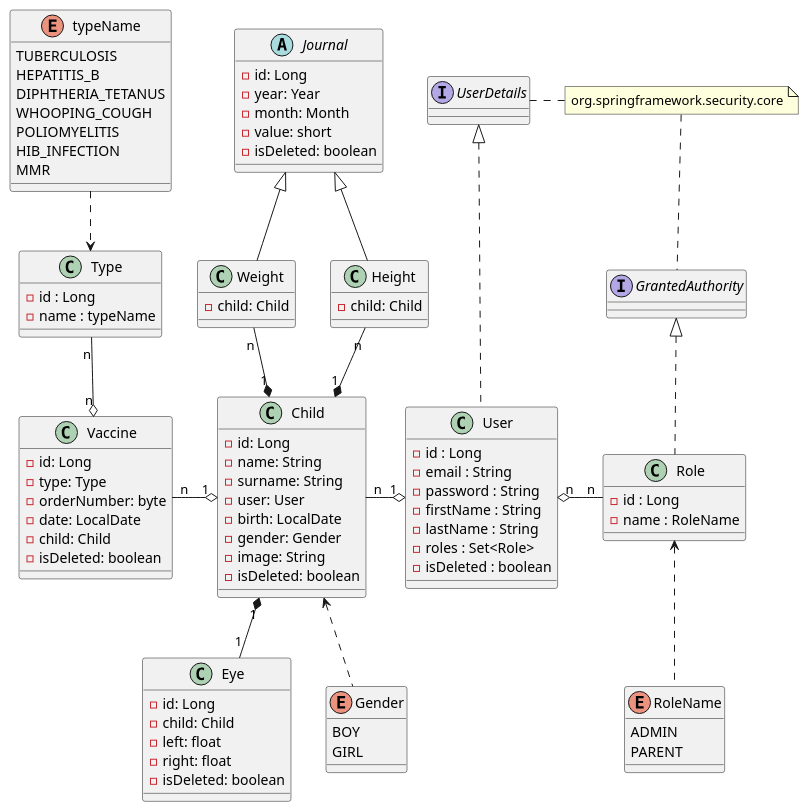
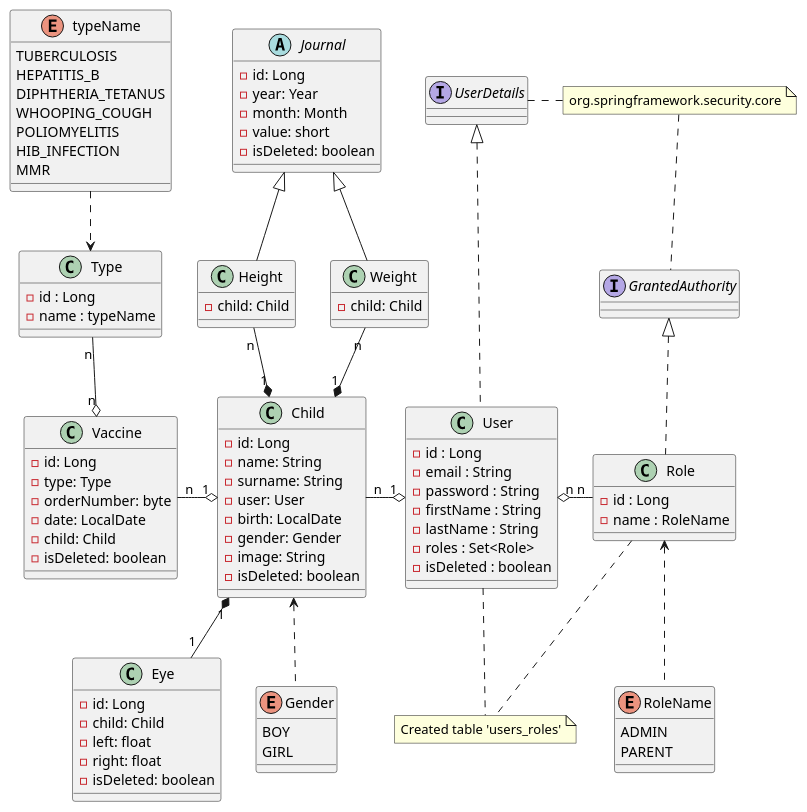
One commit to fe-july-91/kidti changed the diagram in modelUML.puml. Above: the diagram before and after it, drawn with PlantUML. The commit also changed 7 other files, not shown here.

```diff
--- a/modelUML.puml
+++ b/modelUML.puml
@@ -1,111 +1,115 @@
 @startuml
 'https://plantuml.com/class-diagram
 
 interface UserDetails
 interface GrantedAuthority
 
 class User {
 - id : Long
 - email : String
 - password : String
 - firstName : String
 - lastName : String
 - roles : Set<Role>
 - isDeleted : boolean
 }
 
 class Role {
 - id : Long
 - name : RoleName
 }
 
 enum RoleName {
 ADMIN
 PARENT
 }
 
 class Child {
 - id: Long
 - name: String
 - surname: String
 - user: User
 - birth: LocalDate
 - gender: Gender
 - image: String
 - isDeleted: boolean
 }
 
 class Eye {
 - id: Long
 - child: Child
 - left: float
 - right: float
 - isDeleted: boolean
 }
 
 enum Gender {
 BOY
 GIRL
 }
 
 abstract class Journal {
 - id: Long
 - year: Year
 - month: Month
 - value: short
 - isDeleted: boolean
 }
 
 class Weight {
 - child: Child
 }
 
 class Height {
 - child: Child
 }
 
 class Type {
 - id : Long
 - name : typeName
 }
 
 enum typeName {
 TUBERCULOSIS
 HEPATITIS_B
 DIPHTHERIA_TETANUS
 WHOOPING_COUGH
 POLIOMYELITIS
 HIB_INFECTION
 MMR
 }
 
 class Vaccine {
 - id: Long
 - type: Type
 - orderNumber: byte
 - date: LocalDate
 - child: Child
 - isDeleted: boolean
 }
 
 Journal <|-- Weight
 Journal <|-- Height
 Weight "n" --* "1" Child
 Height "n" --* "1" Child
 Type "n" --o "n" Vaccine
 Vaccine "n" -o "1" Child
 Child "1" *-- "1" Eye
 Child "n" -o "1" User
 User "n" o- "n" Role
 UserDetails <|.. User
 GrantedAuthority <|.. Role
 
 note "org.springframework.security.core" as MyNote
 MyNote .. GrantedAuthority
 UserDetails . MyNote
 
+note "Created table 'users_roles'" as MyNote2
+User .. MyNote2
+Role .. MyNote2
+
 Role <.. RoleName
 typeName ..>Type
 Child <..Gender
 
 @enduml
```
